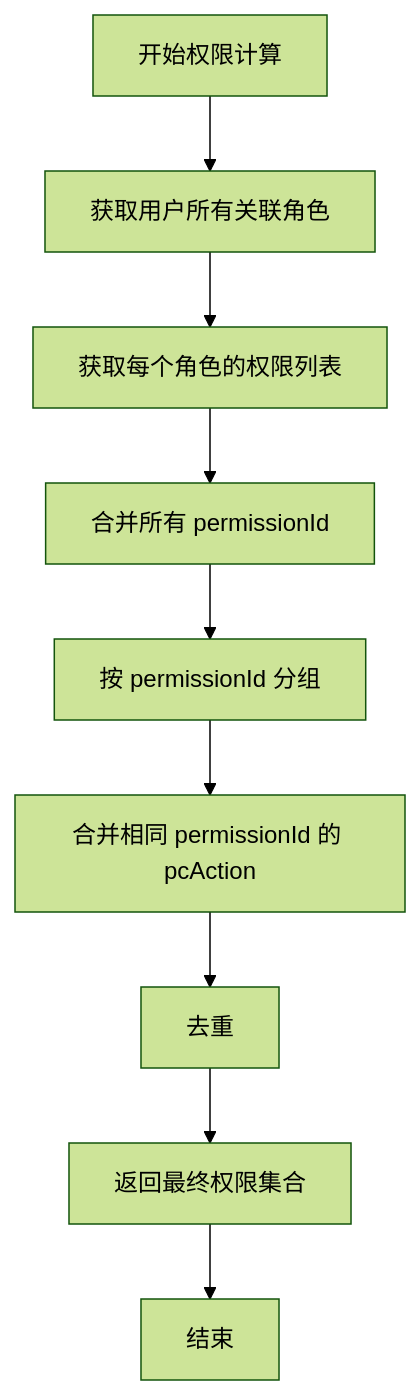
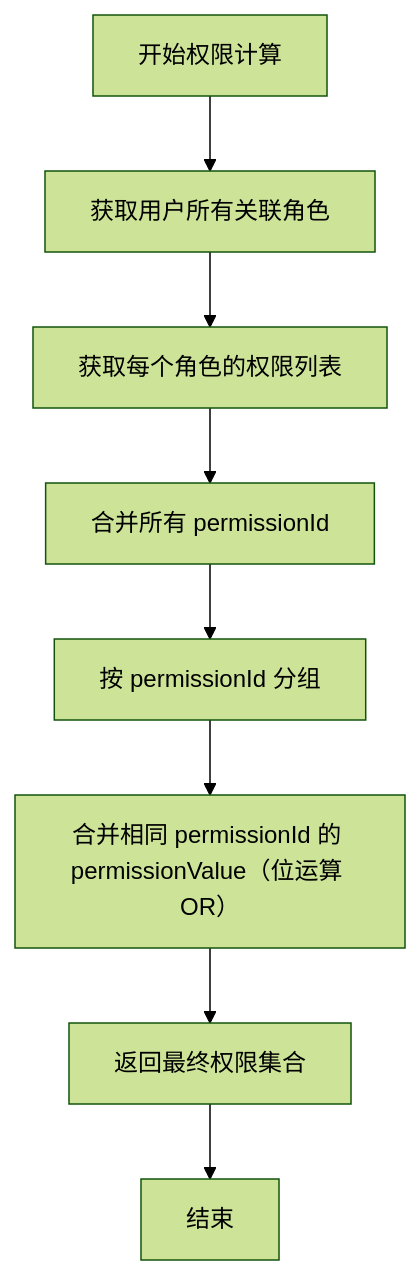
One commit to huyumo/moyan-mfw changed the first of 4 diagrams in docs/flows/permission-calculation-rules.md. Above: the diagram before and after it, drawn with Mermaid (forest theme). The commit also changed other lines of this file and 28 other files, not shown here.

````diff
--- a/docs/flows/permission-calculation-rules.md
+++ b/docs/flows/permission-calculation-rules.md
@@ -52,14 +52,12 @@
 ```mermaid
 flowchart TD
     Start[开始权限计算] --> GetRoles[获取用户所有关联角色]
     GetRoles --> GetPermissions[获取每个角色的权限列表]
 
     GetPermissions --> MergePermIds[合并所有 permissionId]
     MergePermIds --> GroupByPermId[按 permissionId 分组]
 
-    GroupByPermId --> MergePcAction[合并相同 permissionId 的 pcAction]
-    MergePcAction --> Dedup[去重]
-
-    Dedup --> ReturnResult[返回最终权限集合]
+    GroupByPermId --> MergePermissionValues[合并相同 permissionId 的 permissionValue（位运算 OR）]
+    MergePermissionValues --> ReturnResult[返回最终权限集合]
     ReturnResult --> End[结束]
 ```
````
